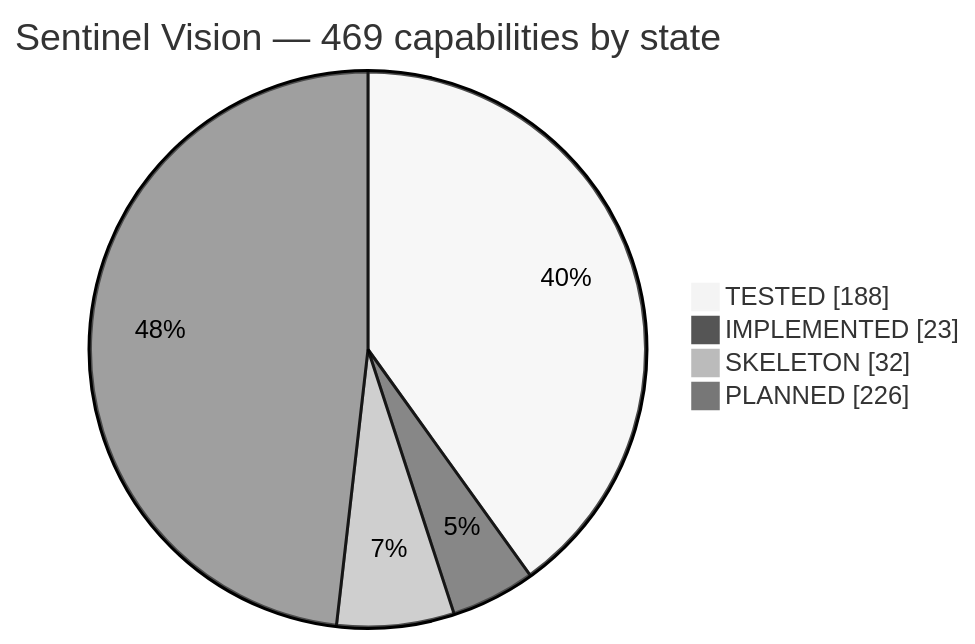
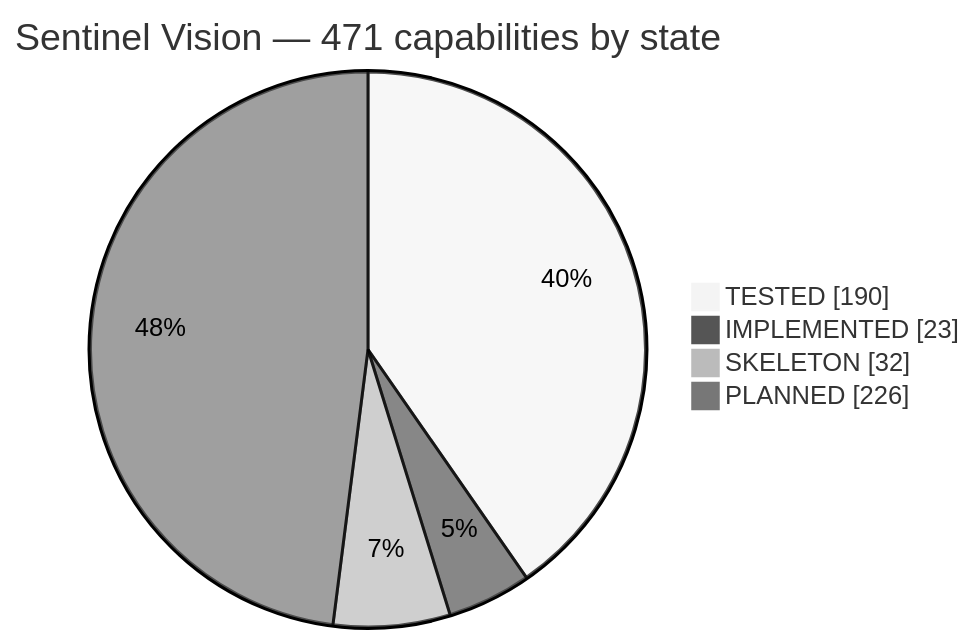
One commit to haidar-farhat/V.I.G.I.L._Vision_Intelligence_and_Geospatial_ncident_Layer changed the first of 3 diagrams in FEATURES.md. Above: the diagram before and after it, drawn with Mermaid (neutral theme). The commit also changed other lines of this file and 20 other files, not shown here.

First line of the commit message:
Enhance site declaration and database schema for site management

````diff
--- a/FEATURES.md
+++ b/FEATURES.md
@@ -46,8 +46,8 @@
 ```mermaid
 pie showData
-    title Sentinel Vision — 469 capabilities by state
-    "TESTED" : 188
+    title Sentinel Vision — 471 capabilities by state
+    "TESTED" : 190
     "IMPLEMENTED" : 23
     "SKELETON" : 32
     "PLANNED" : 226
 ```
````
